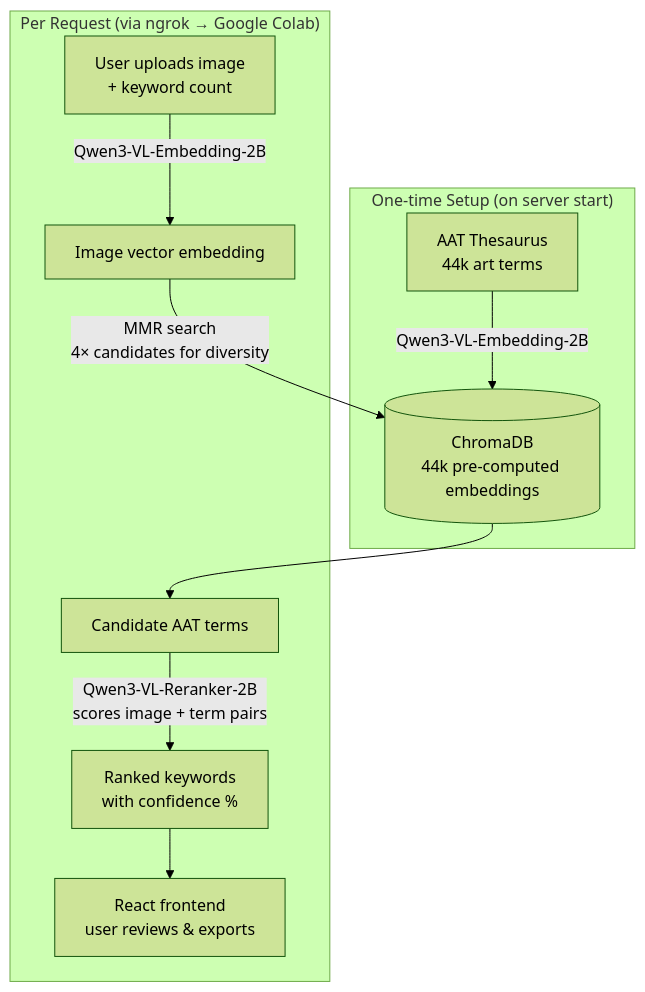
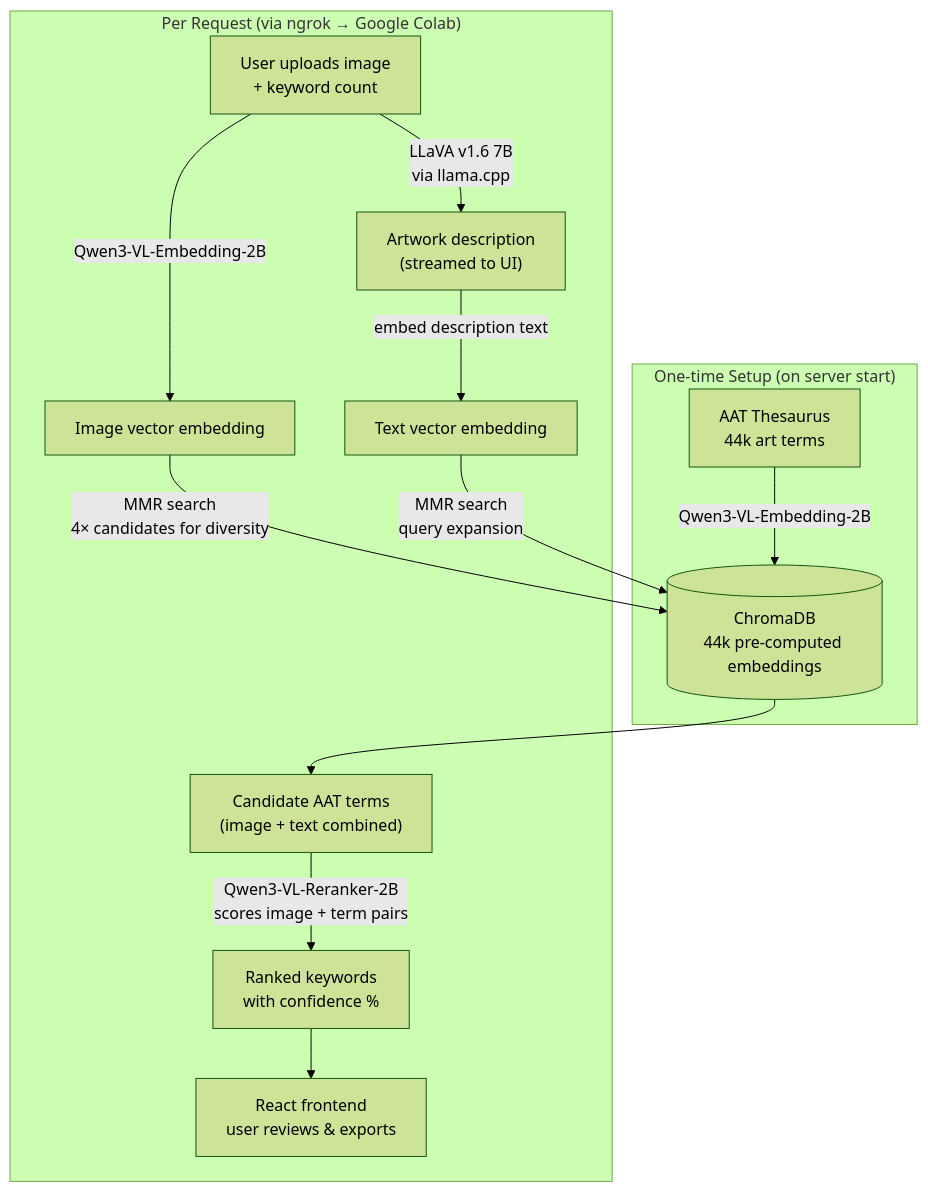
The first of 2 diagrams in README.md (cs2535-oakhoury-2026spring/Mills-Museum), drawn with Mermaid (forest theme) before and after one commit. The commit also changed other lines of this file, not shown here.

````diff
--- a/README.md
+++ b/README.md
@@ -86,14 +86,17 @@
 ```mermaid
 flowchart TD
     subgraph Setup["One-time Setup (on server start)"]
         A["AAT Thesaurus\n44k art terms"] -->|"Qwen3-VL-Embedding-2B"| B[("ChromaDB\n44k pre-computed embeddings")]
     end
 
     subgraph Request["Per Request (via ngrok → Google Colab)"]
         C["User uploads image\n+ keyword count"] -->|"Qwen3-VL-Embedding-2B"| D["Image vector embedding"]
+        C -->|"LLaVA v1.6 7B\nvia llama.cpp"| H["Artwork description\n(streamed to UI)"]
+        H -->|"embed description text"| I["Text vector embedding"]
         D -->|"MMR search\n4× candidates for diversity"| B
-        B --> E["Candidate AAT terms"]
+        I -->|"MMR search\nquery expansion"| B
+        B --> E["Candidate AAT terms\n(image + text combined)"]
         E -->|"Qwen3-VL-Reranker-2B\nscores image + term pairs"| F["Ranked keywords\nwith confidence %"]
         F --> G["React frontend\nuser reviews & exports"]
     end
 ```
````
